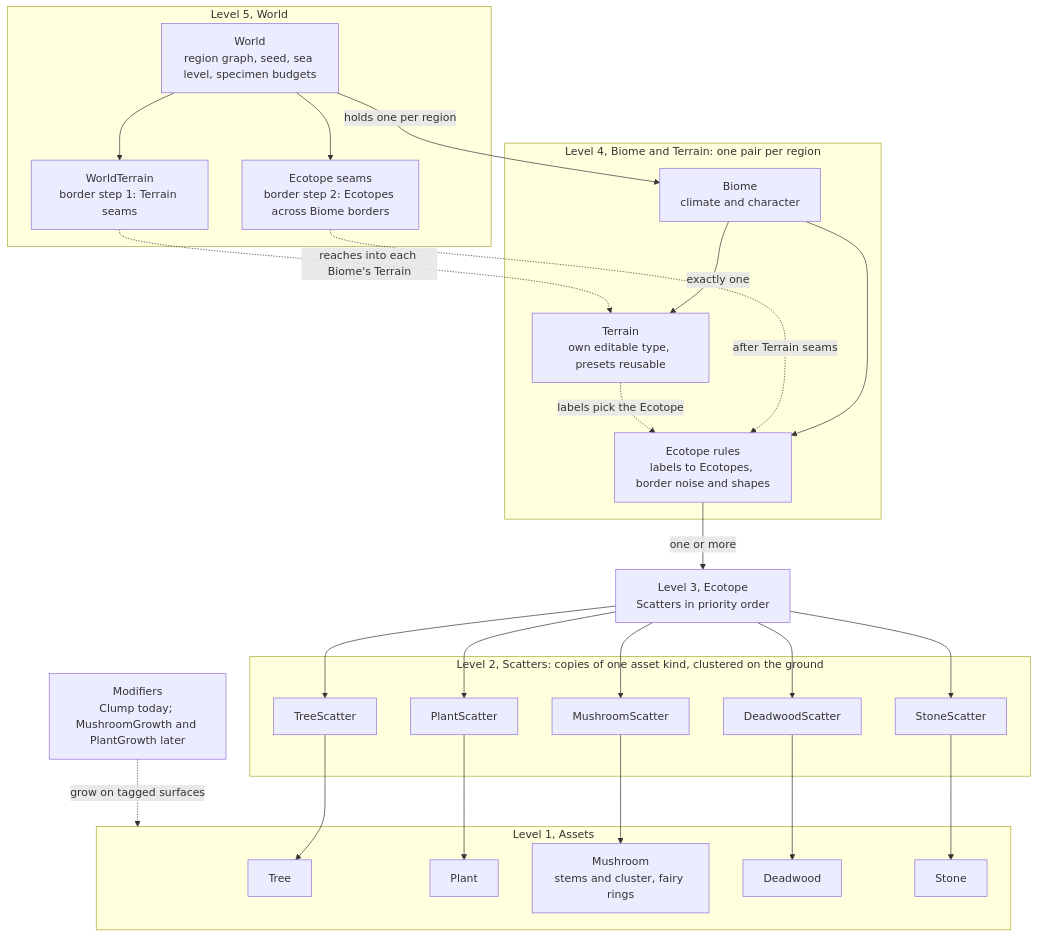
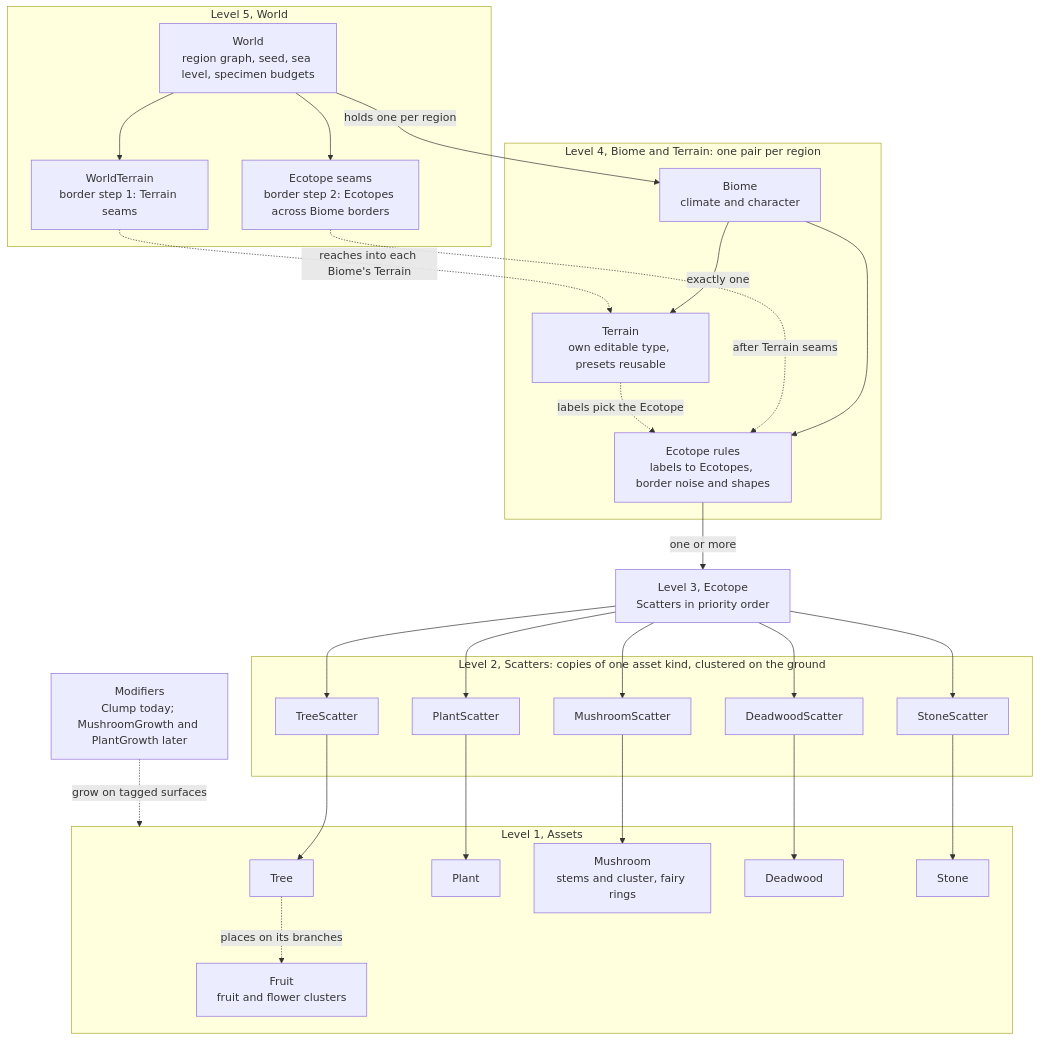
One commit to phayes/procgena changed the first of 2 diagrams in ARCHITECTURE.md. Above: the diagram before and after it, drawn with Mermaid. The commit also changed other lines of this file and 2 other files, not shown here.

Commit message:
Docs: apply the fruit decision (attached asset, I1b), the user's open decisions with context

````diff
--- a/ARCHITECTURE.md
+++ b/ARCHITECTURE.md
@@ -66,55 +68,57 @@
 ```mermaid
 flowchart TD
     subgraph WorldLevel["Level 5, World"]
         WorldNode["World<br/>region graph, seed, sea level, specimen budgets"]
         WorldTerrain["WorldTerrain<br/>border step 1: Terrain seams"]
         EcotopeSeams["Ecotope seams<br/>border step 2: Ecotopes across Biome borders"]
     end
 
     subgraph BiomeLevel["Level 4, Biome and Terrain: one pair per region"]
         Biome["Biome<br/>climate and character"]
         Terrain["Terrain<br/>own editable type, presets reusable"]
         Rules["Ecotope rules<br/>labels to Ecotopes, border noise and shapes"]
     end
 
     Ecotope["Level 3, Ecotope<br/>Scatters in priority order"]
 
     subgraph Scatters["Level 2, Scatters: copies of one asset kind, clustered on the ground"]
         TreeScatter["TreeScatter"]
         PlantScatter["PlantScatter"]
         MushroomScatter["MushroomScatter"]
         DeadwoodScatter["DeadwoodScatter"]
         StoneScatter["StoneScatter"]
     end
 
     subgraph Assets["Level 1, Assets"]
         Tree["Tree"]
         Plant["Plant"]
         Mushroom["Mushroom<br/>stems and cluster, fairy rings"]
         Deadwood["Deadwood"]
         Stone["Stone"]
+        Fruit["Fruit<br/>fruit and flower clusters"]
     end
 
     Modifiers["Modifiers<br/>Clump today; MushroomGrowth and PlantGrowth later"]
 
     WorldNode -->|"holds one per region"| Biome
     WorldNode --> WorldTerrain
     WorldNode --> EcotopeSeams
     Biome -->|"exactly one"| Terrain
     Biome --> Rules
     WorldTerrain -.->|"reaches into each Biome's Terrain"| Terrain
     EcotopeSeams -.->|"after Terrain seams"| Rules
     Terrain -.->|"labels pick the Ecotope"| Rules
     Rules -->|"one or more"| Ecotope
     Ecotope --> TreeScatter
     Ecotope --> PlantScatter
     Ecotope --> MushroomScatter
     Ecotope --> DeadwoodScatter
     Ecotope --> StoneScatter
     TreeScatter --> Tree
     PlantScatter --> Plant
     MushroomScatter --> Mushroom
     DeadwoodScatter --> Deadwood
     StoneScatter --> Stone
+    Tree -.->|"places on its branches"| Fruit
     Modifiers -.->|"grow on tagged surfaces"| Assets
 ```
````
